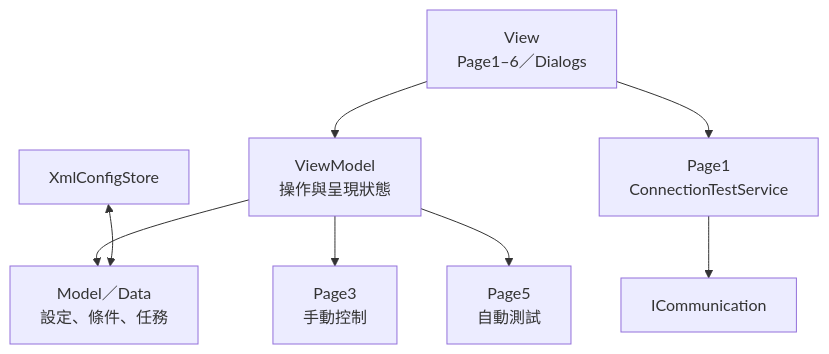
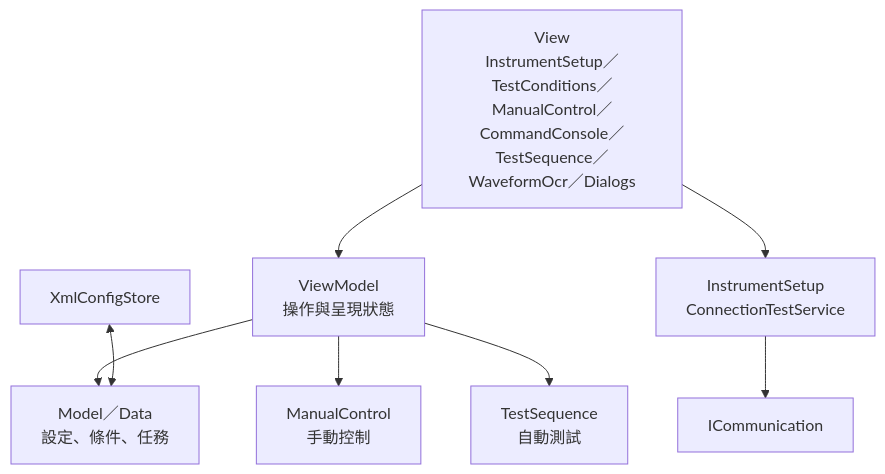
Before and after one commit to Jaxon-Su/ElectronicATE: the first of 3 diagrams in ARCHITECTURE.md, drawn with Mermaid. The commit also changed other lines of this file and 309 other files, not shown here.

````diff
--- a/ARCHITECTURE.md
+++ b/ARCHITECTURE.md
@@ -75,10 +96,10 @@
 ```mermaid
 flowchart TD
-    View["View<br/>Page1–6／Dialogs"] --> VM["ViewModel<br/>操作與呈現狀態"]
+    View["View<br/>InstrumentSetup／TestConditions／ManualControl／CommandConsole／TestSequence／WaveformOcr／Dialogs"] --> VM["ViewModel<br/>操作與呈現狀態"]
     VM --> Data["Model／Data<br/>設定、條件、任務"]
     XML["XmlConfigStore"] <--> Data
-    VM --> Manual["Page3<br/>手動控制"]
-    VM --> Test["Page5<br/>自動測試"]
-    View --> Probe["Page1<br/>ConnectionTestService"]
+    VM --> Manual["ManualControl<br/>手動控制"]
+    VM --> Test["TestSequence<br/>自動測試"]
+    View --> Probe["InstrumentSetup<br/>ConnectionTestService"]
     Probe --> Transport["ICommunication"]
 ```
````
